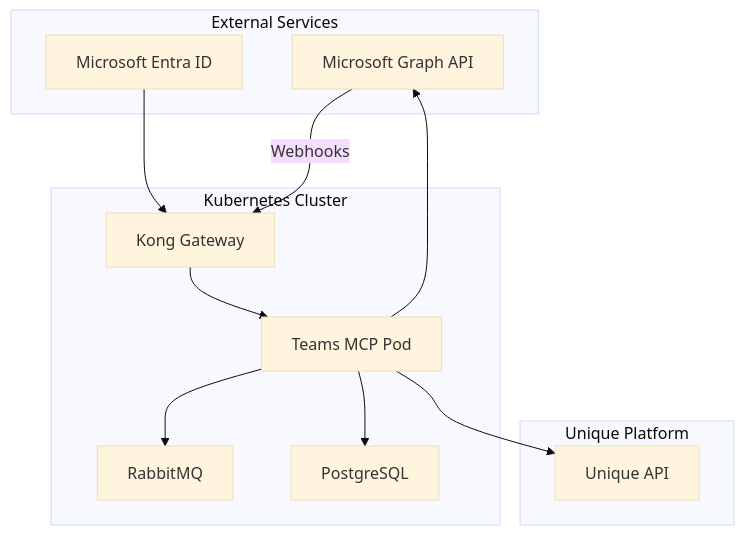
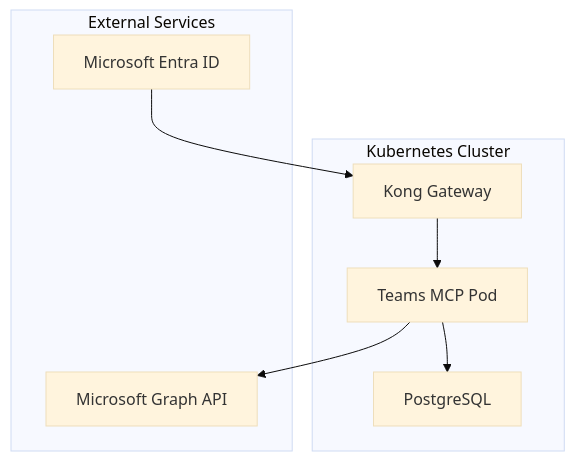
The diagram in services/teams-mcp/docs/operator/README.md (Unique-AG/connectors), drawn with Mermaid (base theme) before and after one commit. The commit also changed other lines of this file and 19 other files, not shown here.

First line of the commit message:
docs(recordings-and-transcripts,teams-mcp,ci): split ingestion docs into their own section

````diff
--- a/services/teams-mcp/docs/operator/README.md
+++ b/services/teams-mcp/docs/operator/README.md
@@ -29,26 +27,18 @@
 ```mermaid
 flowchart TB
     subgraph External["External Services"]
         MSGraph["Microsoft Graph API"]
         EntraID["Microsoft Entra ID"]
     end
 
     subgraph K8s["Kubernetes Cluster"]
         Kong["Kong Gateway"]
         TeamsMCP["Teams MCP Pod"]
-        RabbitMQ["RabbitMQ"]
         PostgreSQL["PostgreSQL"]
     end
 
-    subgraph Unique["Unique Platform"]
-        UniqueAPI["Unique API"]
-    end
-
     EntraID --> Kong
-    MSGraph -->|"Webhooks"| Kong
     Kong --> TeamsMCP
-    TeamsMCP --> RabbitMQ
     TeamsMCP --> MSGraph
-    TeamsMCP --> UniqueAPI
     TeamsMCP --> PostgreSQL
 ```
````
